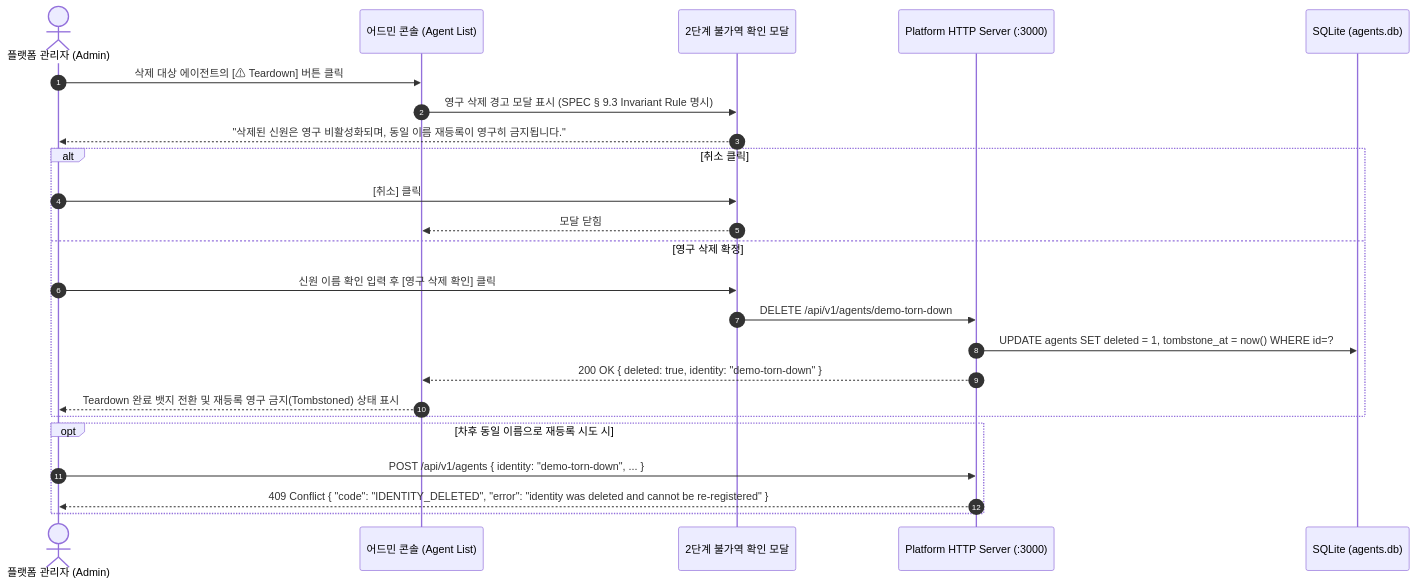
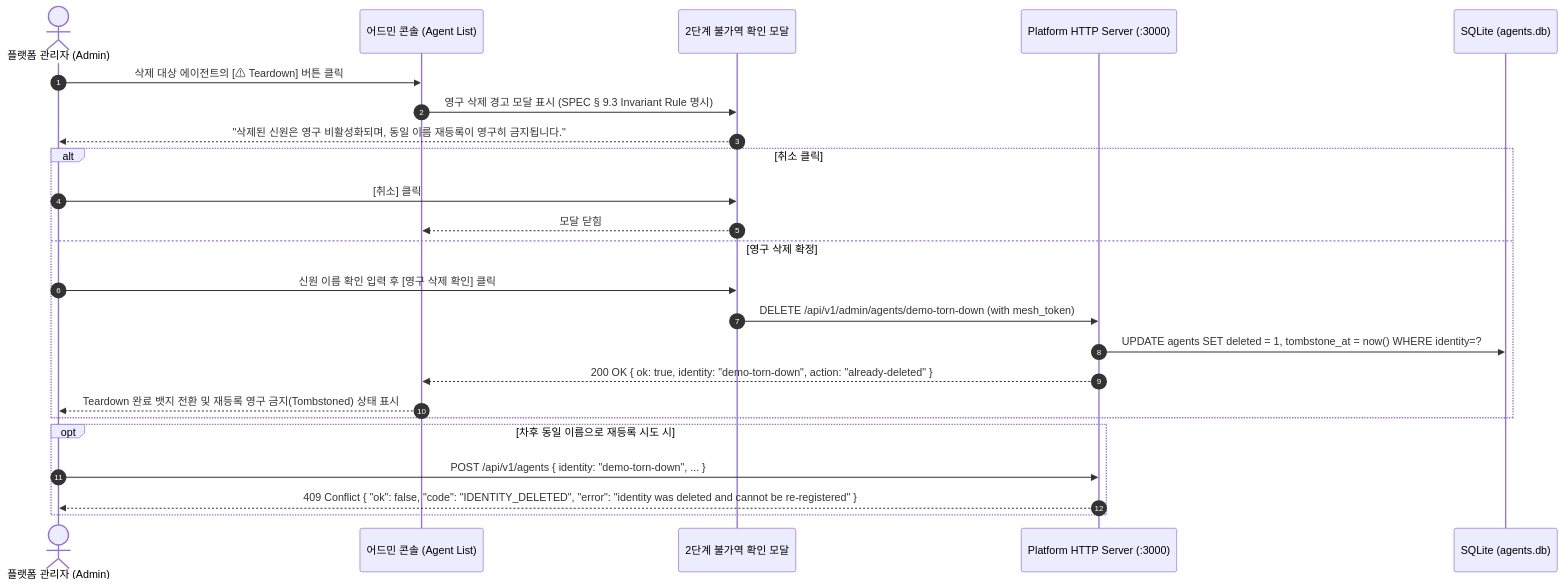
The fourth of 6 diagrams in docs/operator-functional-spec.md (sir-mirr/agent-mesh-platform), drawn with Mermaid before and after one commit. The commit also changed other lines of this file, not shown here.

````diff
--- a/docs/operator-functional-spec.md
+++ b/docs/operator-functional-spec.md
@@ -128,29 +130,29 @@
 ```mermaid
 sequenceDiagram
     autonumber
     actor Admin as 플랫폼 관리자 (Admin)
     participant UI as 어드민 콘솔 (Agent List)
     participant Modal as 2단계 불가역 확인 모달
     participant HTTP as Platform HTTP Server (:3000)
     participant DB as SQLite (agents.db)
 
     Admin->>UI: 삭제 대상 에이전트의 [⚠ Teardown] 버튼 클릭
     UI->>Modal: 영구 삭제 경고 모달 표시 (SPEC § 9.3 Invariant Rule 명시)
     Modal-->>Admin: "삭제된 신원은 영구 비활성화되며, 동일 이름 재등록이 영구히 금지됩니다."
     
     alt 취소 클릭
         Admin->>Modal: [취소] 클릭
         Modal-->>UI: 모달 닫힘
     else 영구 삭제 확정
         Admin->>Modal: 신원 이름 확인 입력 후 [영구 삭제 확인] 클릭
-        Modal->>HTTP: DELETE /api/v1/agents/demo-torn-down
-        HTTP->>DB: UPDATE agents SET deleted = 1, tombstone_at = now() WHERE id=?
-        HTTP-->>UI: 200 OK { deleted: true, identity: "demo-torn-down" }
+        Modal->>HTTP: DELETE /api/v1/admin/agents/demo-torn-down (with mesh_token)
+        HTTP->>DB: UPDATE agents SET deleted = 1, tombstone_at = now() WHERE identity=?
+        HTTP-->>UI: 200 OK { ok: true, identity: "demo-torn-down", action: "already-deleted" }
         UI-->>Admin: Teardown 완료 뱃지 전환 및 재등록 영구 금지(Tombstoned) 상태 표시
     end
 
     opt 차후 동일 이름으로 재등록 시도 시
         Admin->>HTTP: POST /api/v1/agents { identity: "demo-torn-down", ... }
-        HTTP-->>Admin: 409 Conflict { "code": "IDENTITY_DELETED", "error": "identity was deleted and cannot be re-registered" }
+        HTTP-->>Admin: 409 Conflict { "ok": false, "code": "IDENTITY_DELETED", "error": "identity was deleted and cannot be re-registered" }
     end
 ```
````
